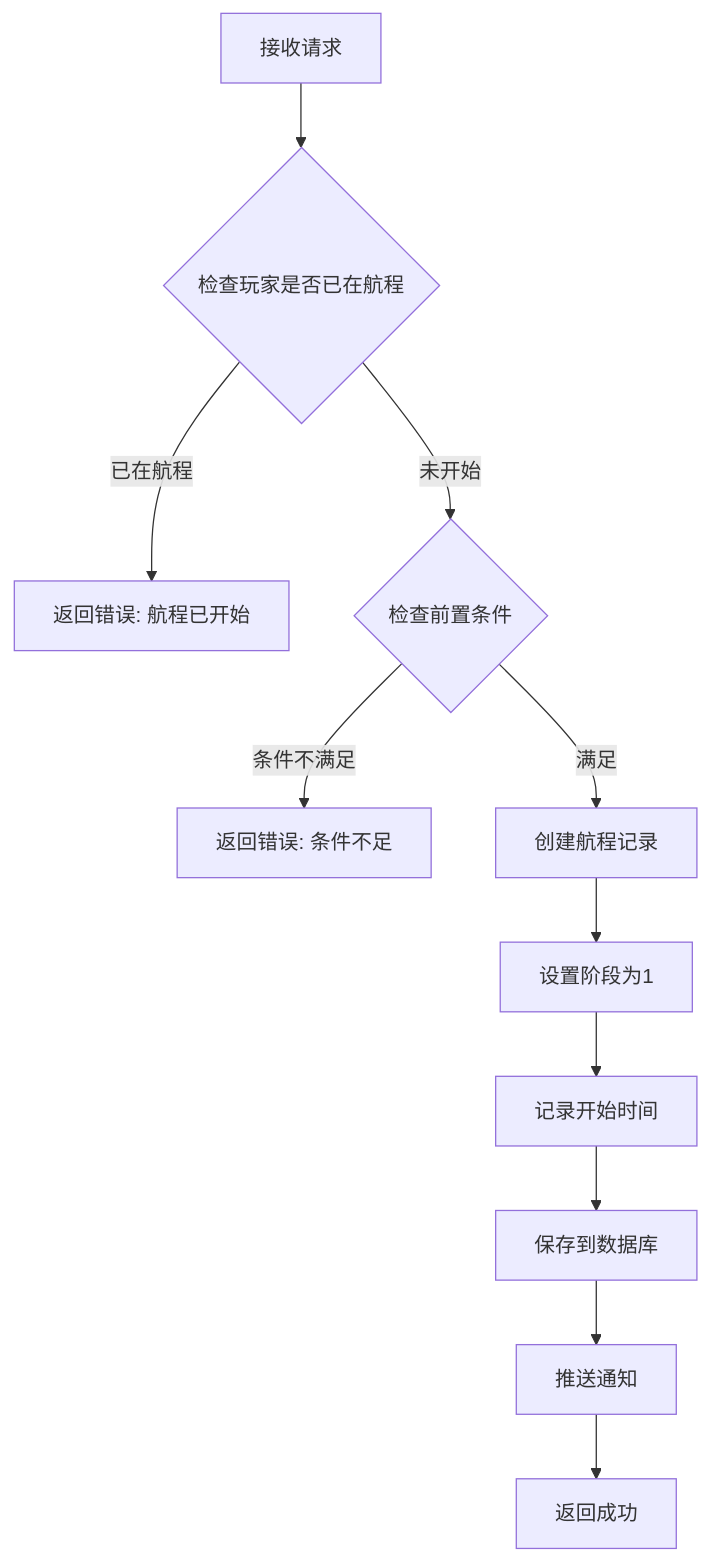
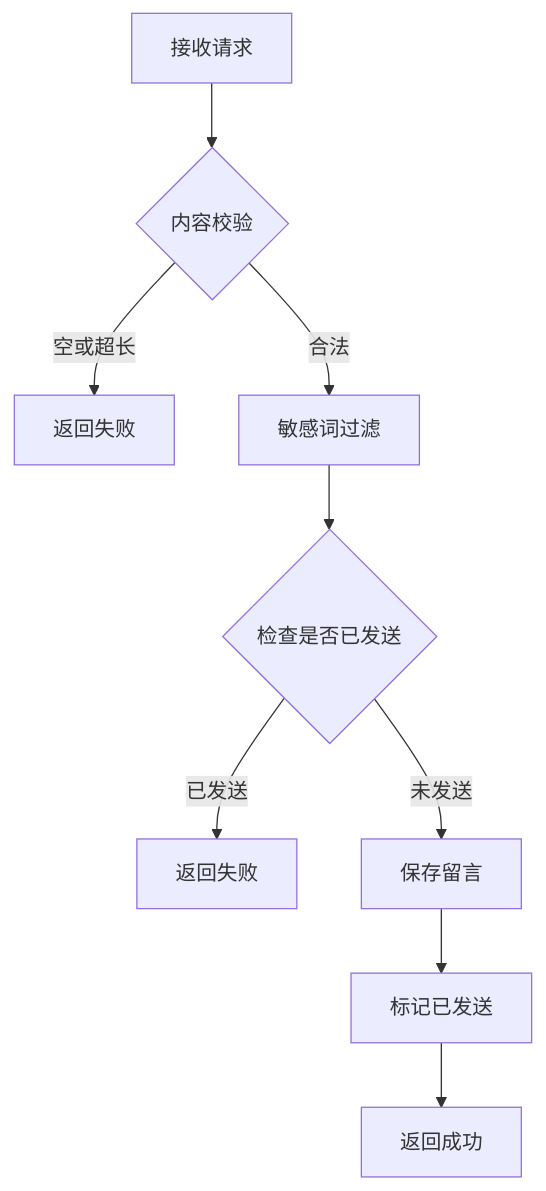
The fourth of 6 diagrams in docs/Module_Mars/04_服务端开发.md (Alan-Ben/k2c_game_framework), drawn with Mermaid before and after one commit. The commit also changed other lines of this file and 13 other files, not shown here.

````diff
--- a/docs/Module_Mars/04_服务端开发.md
+++ b/docs/Module_Mars/04_服务端开发.md
@@ -74,13 +242,11 @@
 ```mermaid
 flowchart TD
-    A[接收请求] --> B{检查玩家是否已在航程}
-    B -->|已在航程| C[返回错误: 航程已开始]
-    B -->|未开始| D{检查前置条件}
-    D -->|条件不满足| E[返回错误: 条件不足]
-    D -->|满足| F[创建航程记录]
-    F --> G[设置阶段为1]
-    G --> H[记录开始时间]
-    H --> I[保存到数据库]
-    I --> J[推送通知]
-    J --> K[返回成功]
+    A[接收请求] --> B{内容校验}
+    B -->|空或超长| C[返回失败]
+    B -->|合法| D[敏感词过滤]
+    D --> E{检查是否已发送}
+    E -->|已发送| F[返回失败]
+    E -->|未发送| G[保存留言]
+    G --> H[标记已发送]
+    H --> I[返回成功]
 ```
````
